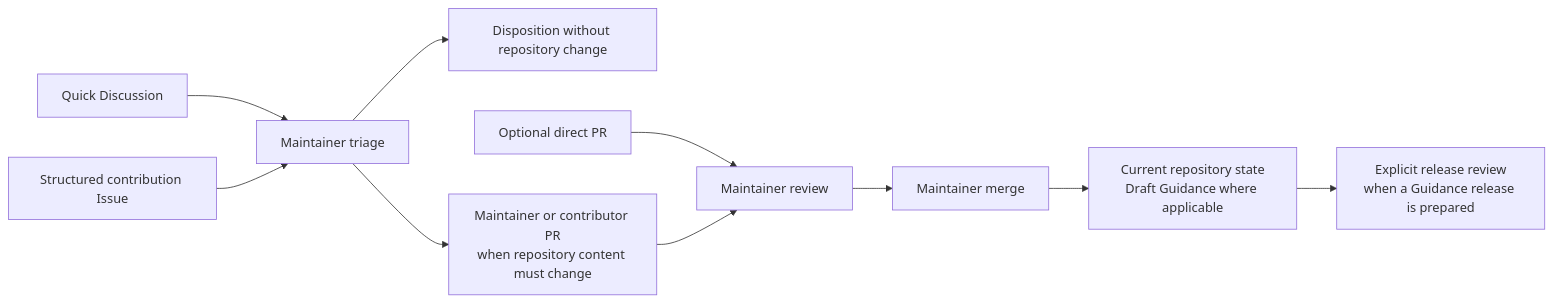
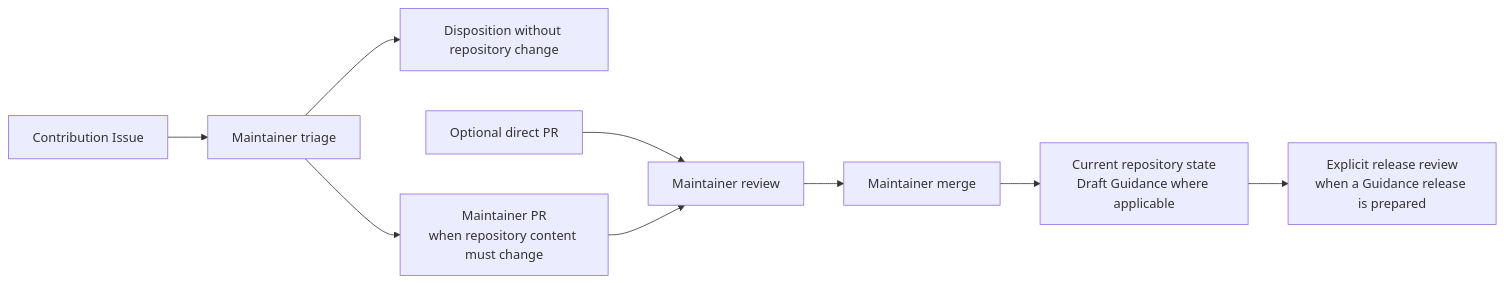
The first of 4 diagrams in GOVERNANCE.md (jvieille/ekr), drawn with Mermaid before and after one commit. The commit also changed other lines of this file, not shown here.

Commit message:
Make Issues the single normal contribution route

````diff
--- a/GOVERNANCE.md
+++ b/GOVERNANCE.md
@@ -54,12 +52,11 @@
 ```mermaid
 flowchart LR
-    D["Quick Discussion"] --> T[Maintainer triage]
-    I["Structured contribution Issue"] --> T
+    I["Contribution Issue"] --> T[Maintainer triage]
     T --> N["Disposition without repository change"]
-    T --> P["Maintainer or contributor PR<br/>when repository content must change"]
+    T --> P["Maintainer PR<br/>when repository content must change"]
     X["Optional direct PR"] --> R[Maintainer review]
     P --> R
     R --> M[Maintainer merge]
     M --> S["Current repository state<br/>Draft Guidance where applicable"]
     S --> G["Explicit release review<br/>when a Guidance release is prepared"]
 ```
````
